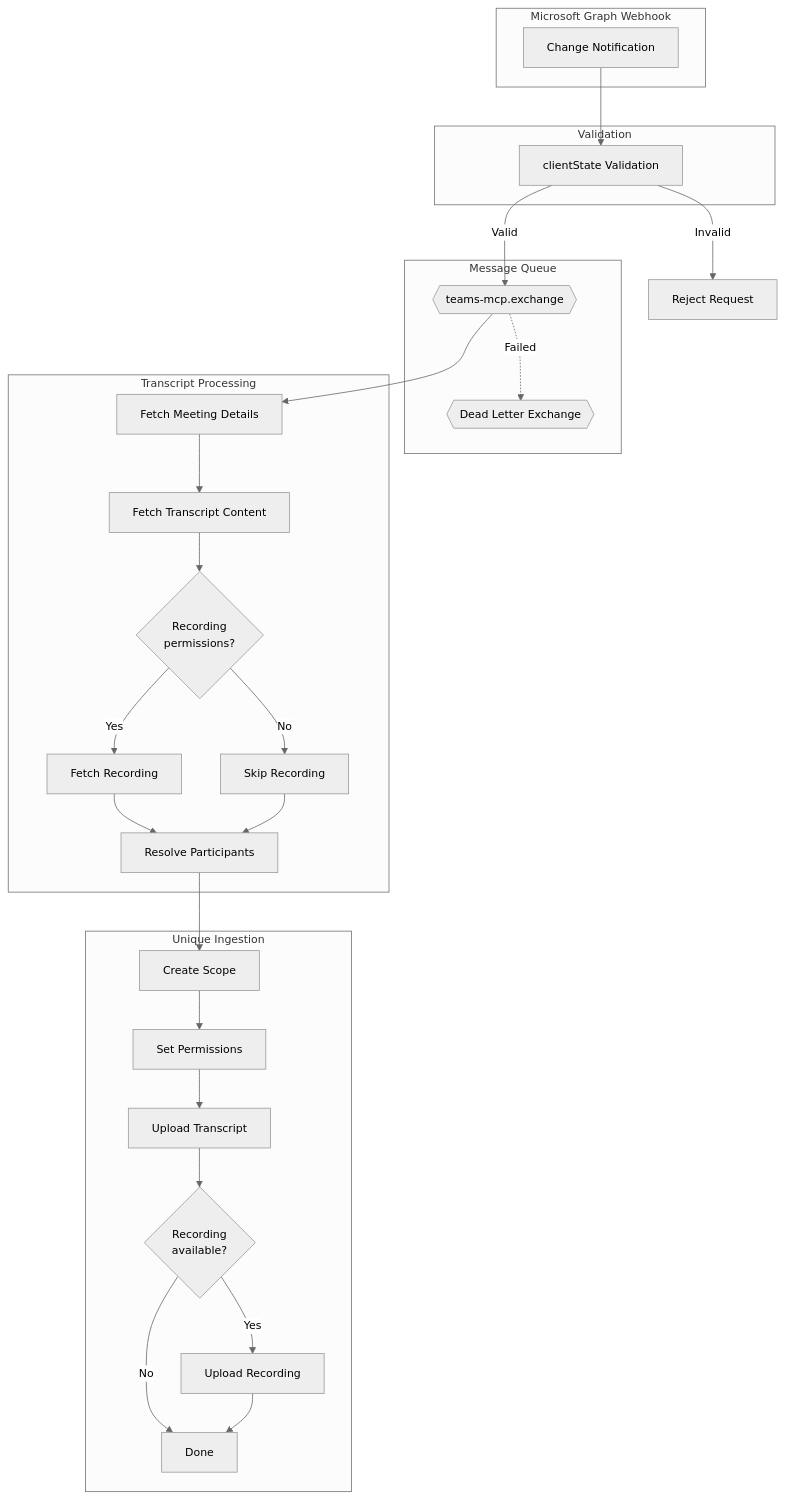
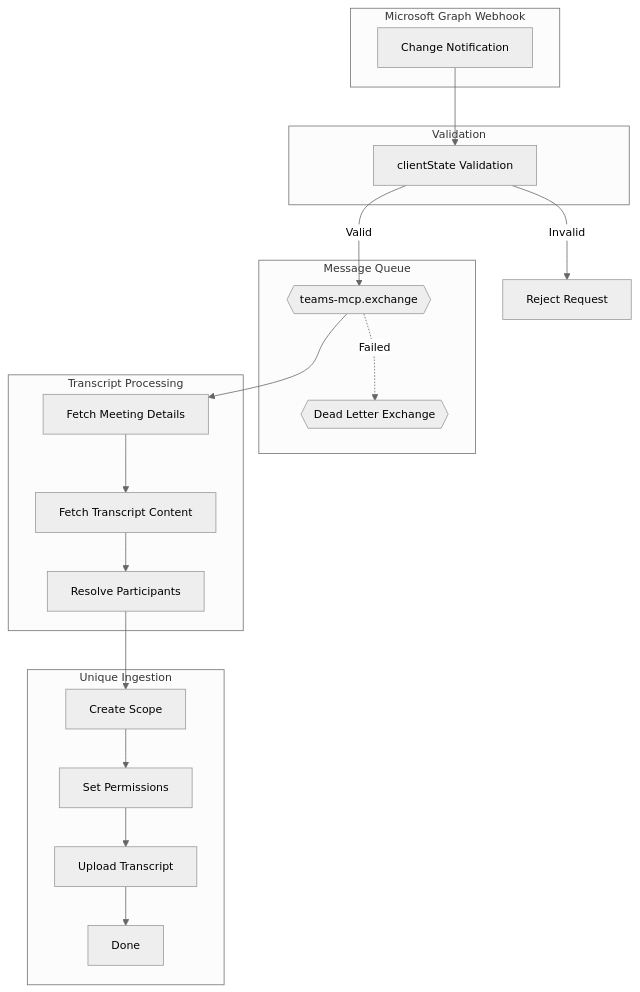
The eighth of 8 diagrams in services/teams-mcp/docs/technical/flows.md (Unique-AG/connectors), drawn with Mermaid before and after one commit. The commit also changed other lines of this file and 3 other files, not shown here.

First line of the commit message:
feat(teams-mcp): remove MP4 recording ingestion from transcript processing

````diff
--- a/services/teams-mcp/docs/technical/flows.md
+++ b/services/teams-mcp/docs/technical/flows.md
@@ -265,56 +256,44 @@
 ```mermaid
 %%{init: {'theme': 'neutral', 'themeVariables': { 'fontSize': '14px' }}}%%
 flowchart TB
     subgraph Input["Microsoft Graph Webhook"]
         Notification["Change Notification"]
     end
 
     subgraph Validation["Validation"]
         ClientState["clientState Validation"]
     end
 
     subgraph Queue["Message Queue"]
         Exchange{{"teams-mcp.exchange"}}
         DLX{{"Dead Letter Exchange"}}
     end
 
     subgraph Processing["Transcript Processing"]
         FetchMeeting["Fetch Meeting Details"]
         FetchTranscript["Fetch Transcript Content"]
-        CheckPerms{"Recording<br/>permissions?"}
-        FetchRecording["Fetch Recording"]
-        SkipRecording["Skip Recording"]
         ResolveUsers["Resolve Participants"]
     end
 
     subgraph Ingestion["Unique Ingestion"]
         CreateScope["Create Scope"]
         SetAccess["Set Permissions"]
         UploadVTT["Upload Transcript"]
-        CheckRecording{"Recording<br/>available?"}
-        UploadMP4["Upload Recording"]
         Done["Done"]
     end
 
     Notification --> ClientState
     ClientState -->|Valid| Exchange
     ClientState -->|Invalid| Reject["Reject Request"]
 
     Exchange --> FetchMeeting
     Exchange -.->|Failed| DLX
 
     FetchMeeting --> FetchTranscript
-    FetchTranscript --> CheckPerms
-    CheckPerms -->|Yes| FetchRecording
-    CheckPerms -->|No| SkipRecording
-    FetchRecording --> ResolveUsers
-    SkipRecording --> ResolveUsers
+    FetchTranscript --> ResolveUsers
 
     ResolveUsers --> CreateScope
     CreateScope --> SetAccess
     SetAccess --> UploadVTT
-    UploadVTT --> CheckRecording
-    CheckRecording -->|Yes| UploadMP4
-    CheckRecording -->|No| Done
-    UploadMP4 --> Done
+    UploadVTT --> Done
 ```
````
